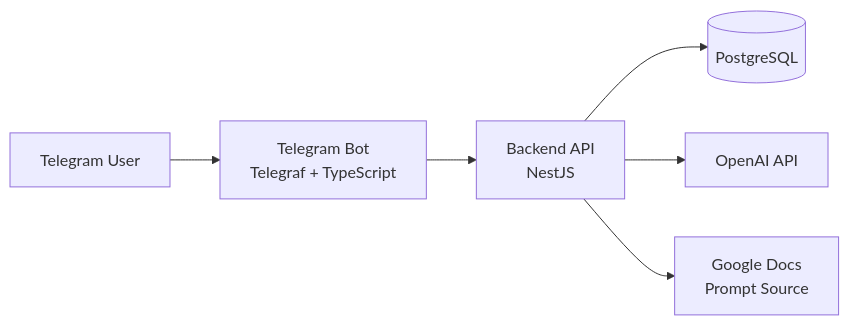
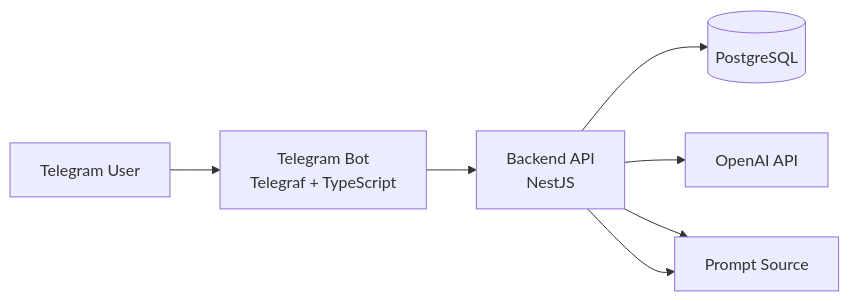
Before and after one commit to Zerkalo-tg-bot/.github: the diagram in profile/README.md, drawn with Mermaid.

Commit message:
refactored flowchart

````diff
--- a/profile/README.md
+++ b/profile/README.md
@@ -54,8 +54,9 @@
 ```mermaid
 flowchart LR
     U[Telegram User] --> B[Telegram Bot<br/>Telegraf + TypeScript]
     B --> A[Backend API<br/>NestJS]
     A --> P[(PostgreSQL)]
     A --> O[OpenAI API]
-    A --> G[Google Docs<br/>Prompt Source]
+    A --> G[Google Docs]
+    A --> G[Prompt Source]
 ```
````
